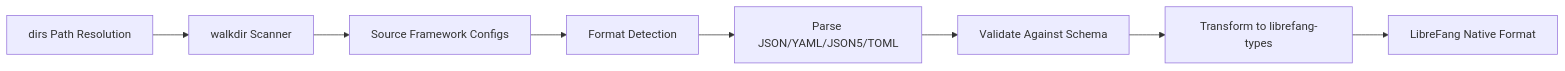
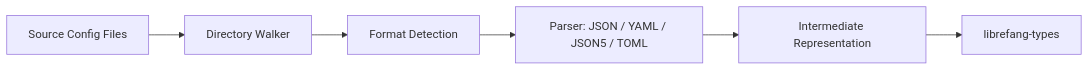
The diagram in other-librefang-import.md (leszek3737/librefang-WIki), drawn with Mermaid before and after one commit. The commit also changed other lines of this file and 126 other files, not shown here.

````diff
--- a/other-librefang-import.md
+++ b/other-librefang-import.md
@@ -38,11 +13,8 @@
 ```mermaid
-graph LR
-    A[Source Framework Configs] --> B[Format Detection]
-    B --> C[Parse JSON/YAML/JSON5/TOML]
-    C --> D[Validate Against Schema]
-    D --> E[Transform to librefang-types]
-    E --> F[LibreFang Native Format]
-    
-    G[walkdir Scanner] --> A
-    H[dirs Path Resolution] --> G
+flowchart LR
+    A[Source Config Files] --> B[Directory Walker]
+    B --> C[Format Detection]
+    C --> D[Parser: JSON / YAML / JSON5 / TOML]
+    D --> E[Intermediate Representation]
+    E --> F[librefang-types]
 ```
````
